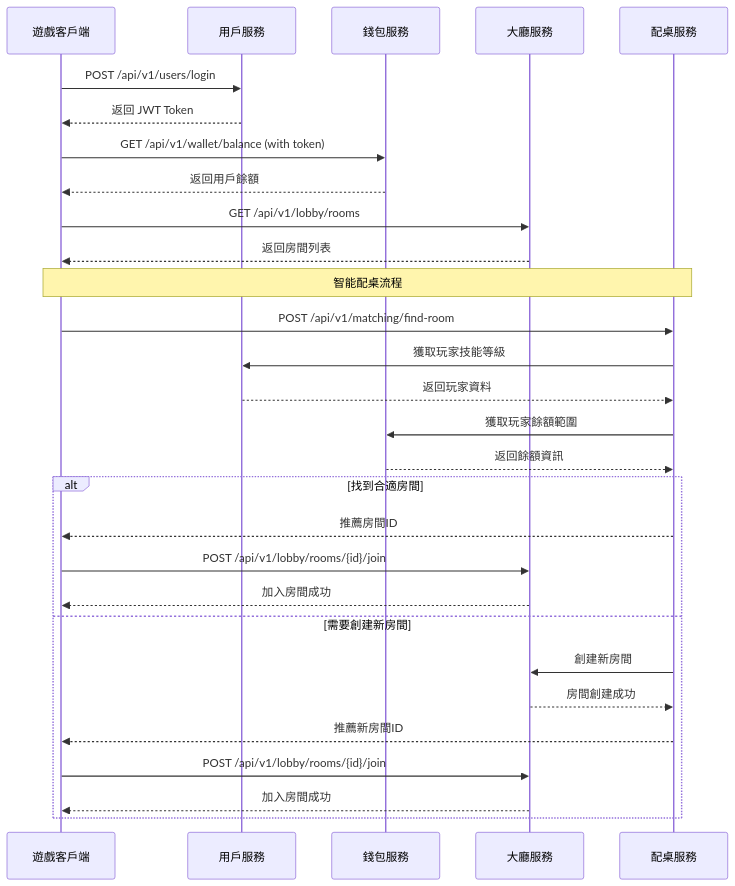
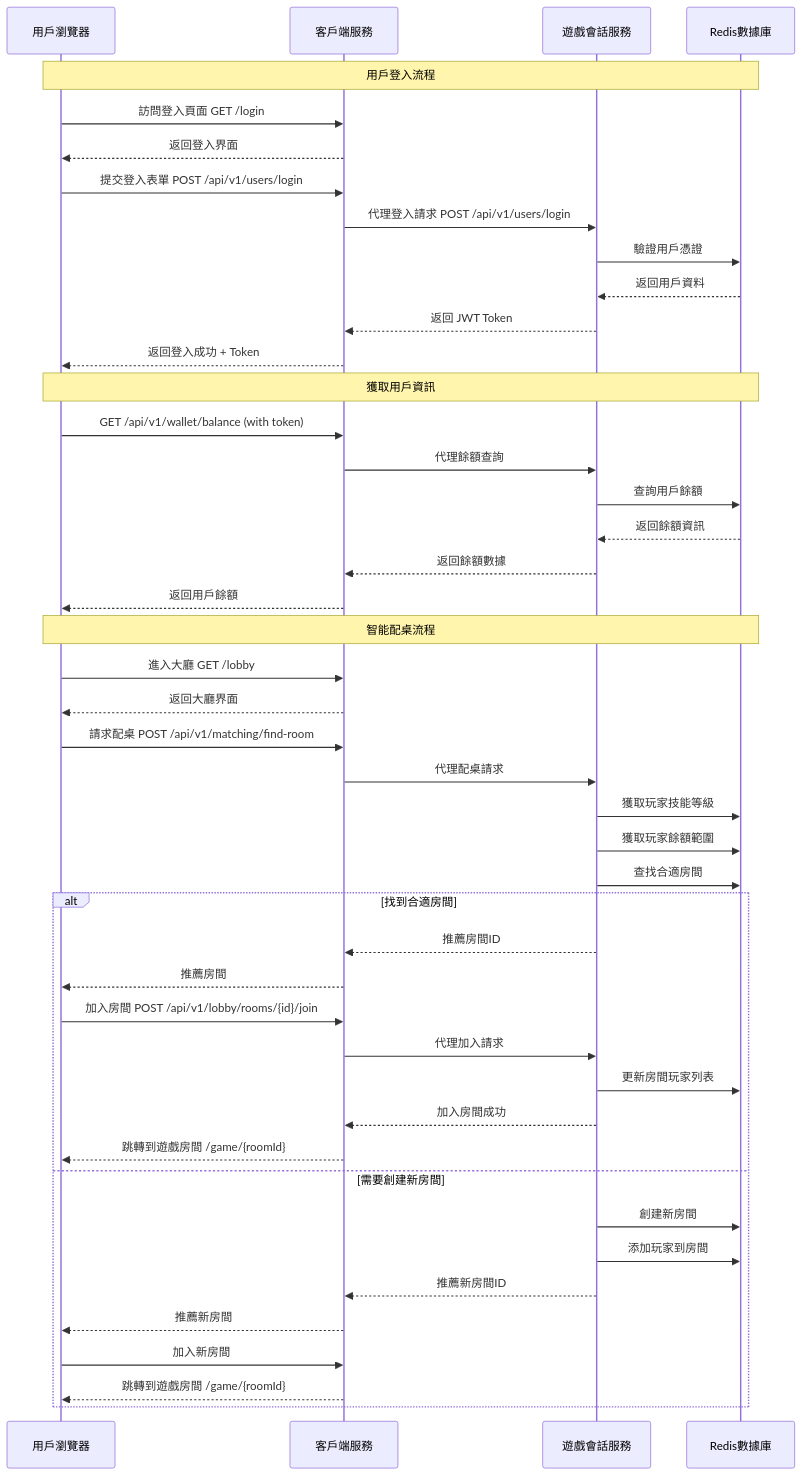
Before and after one commit to hoycdanny/fish-machine-workshop: the third of 5 diagrams in .kiro/specs/fish-game-microservices/design.md, drawn with Mermaid. The commit also changed other lines of this file and 18 other files, not shown here.

````diff
--- a/.kiro/specs/fish-game-microservices/design.md
+++ b/.kiro/specs/fish-game-microservices/design.md
@@ -826,36 +1563,51 @@
 ```mermaid
 sequenceDiagram
-    participant Client as 遊戲客戶端
-    participant User as 用戶服務
-    participant Wallet as 錢包服務
-    participant Lobby as 大廳服務
-    participant Matching as 配桌服務
+    participant User as 用戶瀏覽器
+    participant ClientSvc as 客戶端服務
+    participant GameSession as 遊戲會話服務
+    participant Redis as Redis數據庫
     
-    Client->>User: POST /api/v1/users/login
-    User-->>Client: 返回 JWT Token
+    Note over User,Redis: 用戶登入流程
+    User->>ClientSvc: 訪問登入頁面 GET /login
+    ClientSvc-->>User: 返回登入界面
+    User->>ClientSvc: 提交登入表單 POST /api/v1/users/login
+    ClientSvc->>GameSession: 代理登入請求 POST /api/v1/users/login
+    GameSession->>Redis: 驗證用戶憑證
+    Redis-->>GameSession: 返回用戶資料
+    GameSession-->>ClientSvc: 返回 JWT Token
+    ClientSvc-->>User: 返回登入成功 + Token
     
-    Client->>Wallet: GET /api/v1/wallet/balance (with token)
-    Wallet-->>Client: 返回用戶餘額
+    Note over User,Redis: 獲取用戶資訊
+    User->>ClientSvc: GET /api/v1/wallet/balance (with token)
+    ClientSvc->>GameSession: 代理餘額查詢
+    GameSession->>Redis: 查詢用戶餘額
+    Redis-->>GameSession: 返回餘額資訊
+    GameSession-->>ClientSvc: 返回餘額數據
+    ClientSvc-->>User: 返回用戶餘額
     
-    Client->>Lobby: GET /api/v1/lobby/rooms
-    Lobby-->>Client: 返回房間列表
-    
-    Note over Client,Matching: 智能配桌流程
-    Client->>Matching: POST /api/v1/matching/find-room
-    Matching->>User: 獲取玩家技能等級
-    User-->>Matching: 返回玩家資料
-    Matching->>Wallet: 獲取玩家餘額範圍
-    Wallet-->>Matching: 返回餘額資訊
+    Note over User,Redis: 智能配桌流程
+    User->>ClientSvc: 進入大廳 GET /lobby
+    ClientSvc-->>User: 返回大廳界面
+    User->>ClientSvc: 請求配桌 POST /api/v1/matching/find-room
+    ClientSvc->>GameSession: 代理配桌請求
+    GameSession->>Redis: 獲取玩家技能等級
+    GameSession->>Redis: 獲取玩家餘額範圍
+    GameSession->>Redis: 查找合適房間
     
     alt 找到合適房間
-        Matching-->>Client: 推薦房間ID
-        Client->>Lobby: POST /api/v1/lobby/rooms/{id}/join
-        Lobby-->>Client: 加入房間成功
+        GameSession-->>ClientSvc: 推薦房間ID
+        ClientSvc-->>User: 推薦房間
+        User->>ClientSvc: 加入房間 POST /api/v1/lobby/rooms/{id}/join
+        ClientSvc->>GameSession: 代理加入請求
+        GameSession->>Redis: 更新房間玩家列表
+        GameSession-->>ClientSvc: 加入房間成功
+        ClientSvc-->>User: 跳轉到遊戲房間 /game/{roomId}
     else 需要創建新房間
-        Matching->>Lobby: 創建新房間
-        Lobby-->>Matching: 房間創建成功
-        Matching-->>Client: 推薦新房間ID
-        Client->>Lobby: POST /api/v1/lobby/rooms/{id}/join
-        Lobby-->>Client: 加入房間成功
+        GameSession->>Redis: 創建新房間
+        GameSession->>Redis: 添加玩家到房間
+        GameSession-->>ClientSvc: 推薦新房間ID
+        ClientSvc-->>User: 推薦新房間
+        User->>ClientSvc: 加入新房間
+        ClientSvc-->>User: 跳轉到遊戲房間 /game/{roomId}
     end
 ```
````
